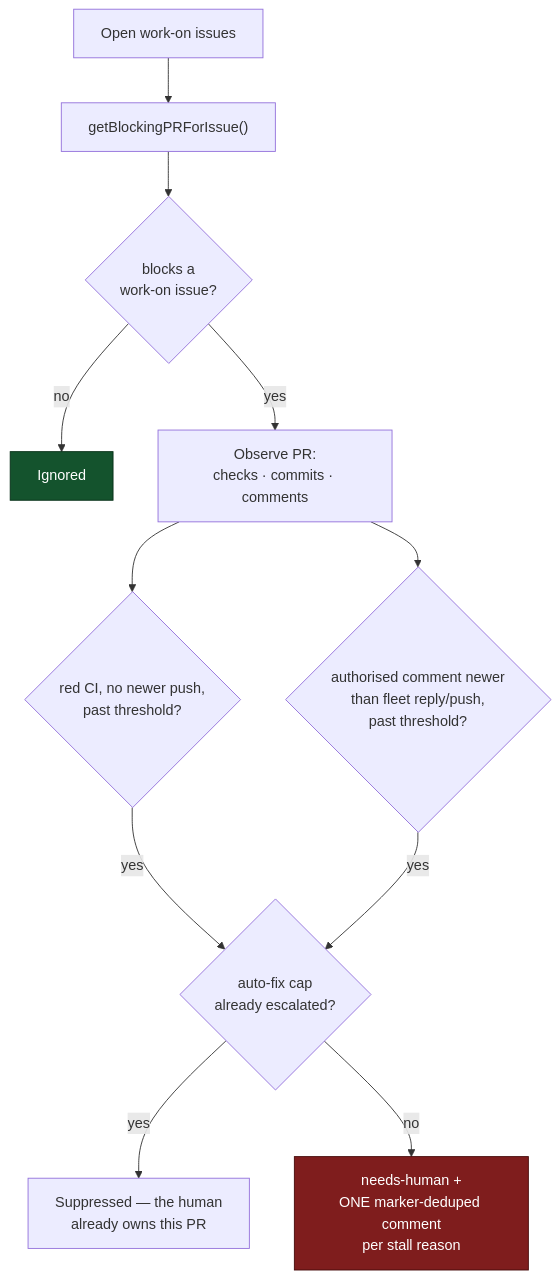
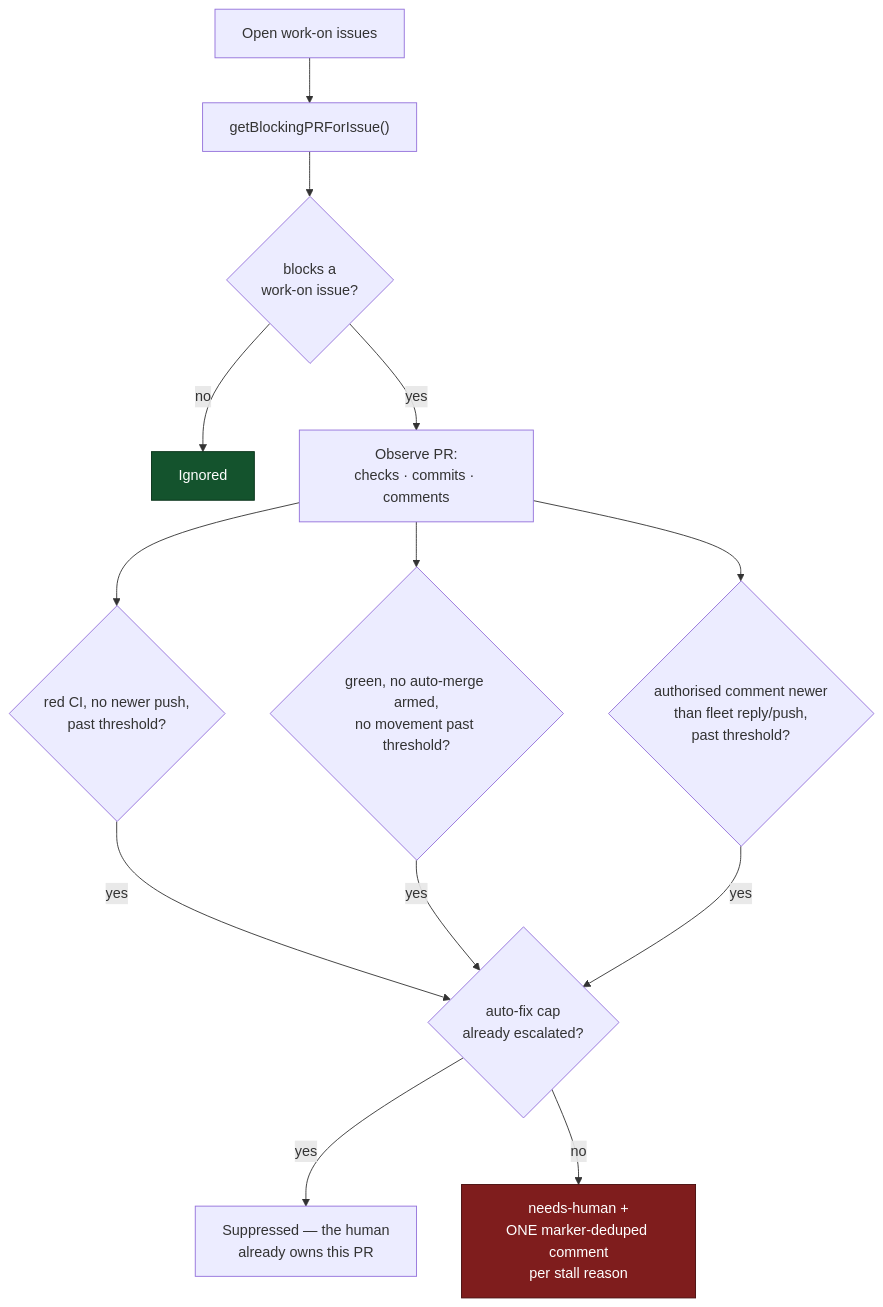
Before and after one commit to stSoftwareAU/VibeCoder: diagram 17 of 18 in docs/CONFIGURATION.md, drawn with Mermaid. The commit also changed other lines of this file and 10 other files, not shown here.

````diff
--- a/docs/CONFIGURATION.md
+++ b/docs/CONFIGURATION.md
@@ -3352,15 +3358,17 @@
 ```mermaid
 flowchart TD
     A["Open work-on issues"] --> B["getBlockingPRForIssue()"]
     B --> C{"blocks a<br/>work-on issue?"}
     C -->|no| D["Ignored"]
     C -->|yes| E["Observe PR:<br/>checks · commits · comments"]
     E --> F{"red CI, no newer push,<br/>past threshold?"}
     E --> G{"authorised comment newer<br/>than fleet reply/push,<br/>past threshold?"}
+    E --> M{"green, no auto-merge armed,<br/>no movement past threshold?"}
     F -->|yes| K
+    M -->|yes| K
     G -->|yes| K{"auto-fix cap<br/>already escalated?"}
     K -->|yes| J["Suppressed — the human<br/>already owns this PR"]
     K -->|no| H["needs-human +<br/>ONE marker-deduped comment<br/>per stall reason"]
     style H fill:#7f1d1d,stroke:#450a0a,color:#fff
     style D fill:#14532d,stroke:#052e16,color:#fff
 ```
````
